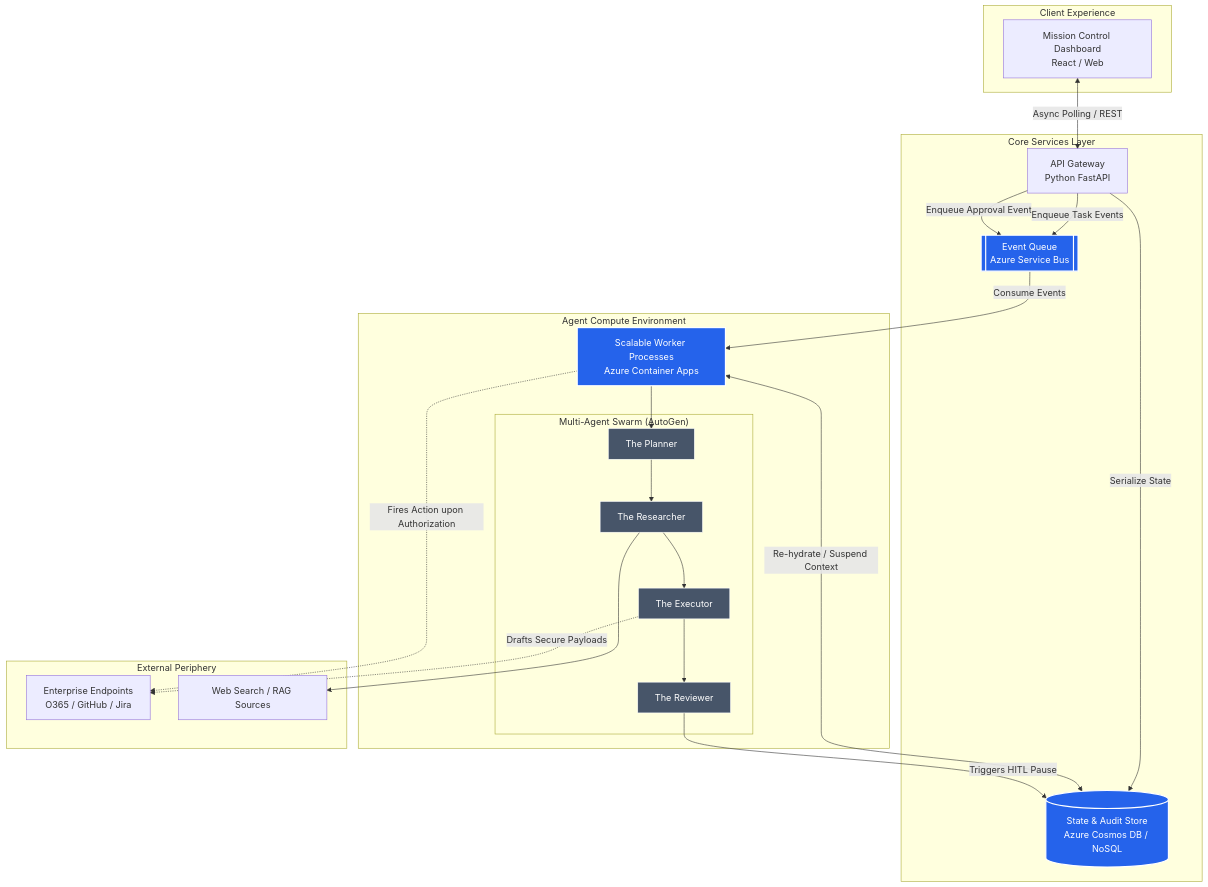
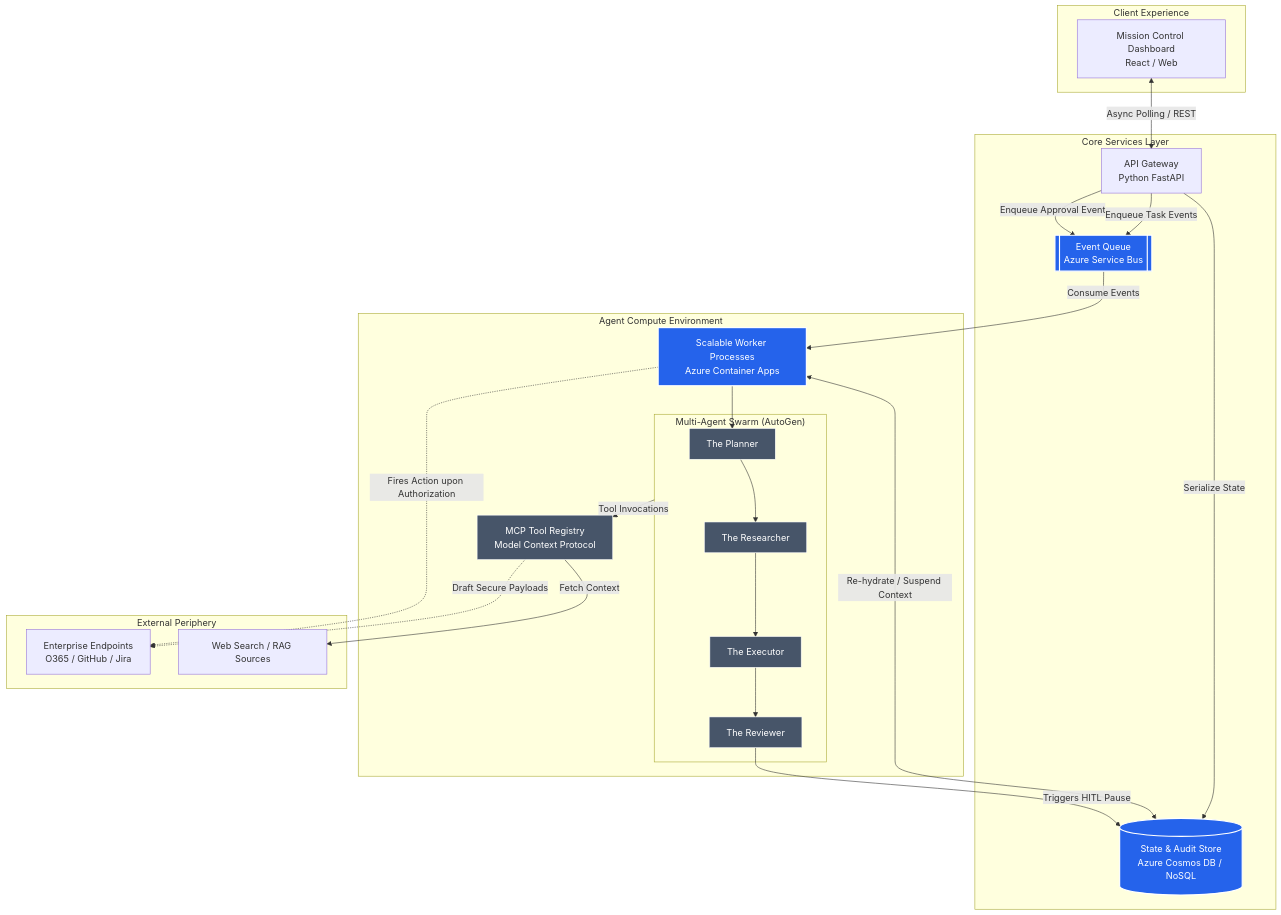
Before and after one commit to SakuDaku05/OrchtrAI: the second of 2 diagrams in pptx.md, drawn with Mermaid. The commit also changed other lines of this file and 1 other file, not shown here.

Commit message:
docs: Update architecture presentation slides with MCP details

````diff
--- a/pptx.md
+++ b/pptx.md
@@ -98,55 +100,58 @@
 ```mermaid
 flowchart TD
     subgraph Client Experience 
         UI[Mission Control Dashboard\nReact / Web]
     end
 
     subgraph Core Services Layer
         API[API Gateway\nPython FastAPI]
         DB[(State & Audit Store\nAzure Cosmos DB / NoSQL)]
         SB[[Event Queue\nAzure Service Bus]]
     end
 
     subgraph Agent Compute Environment
         Worker[Scalable Worker Processes\nAzure Container Apps]
         
         subgraph Swarm ["Multi-Agent Swarm (AutoGen)"]
             Direction[The Planner]
             Research[The Researcher]
             Action[The Executor]
             Guardrail[The Reviewer]
             
             Direction --> Research
             Research --> Action
             Action --> Guardrail
         end
+        
+        MCPRegistry[MCP Tool Registry\nModel Context Protocol]
+        Swarm --> |Tool Invocations| MCPRegistry
     end
     
     subgraph External Periphery
         TargetAPI[Enterprise Endpoints\nO365 / GitHub / Jira]
         PublicWeb[Web Search / RAG Sources]
     end
 
     %% Connections
     UI <--> |Async Polling / REST| API
     API --> |Serialize State| DB
     API --> |Enqueue Task Events| SB
     
     SB --> |Consume Events| Worker
     Worker <--> |Re-hydrate / Suspend Context| DB
     
     Worker --> Direction
     
-    Research --> PublicWeb
-    Action -.-> |Drafts Secure Payloads| TargetAPI
+    MCPRegistry -->|Fetch Context| PublicWeb
+    MCPRegistry -.-> |Draft Secure Payloads| TargetAPI
     Guardrail --> |Triggers HITL Pause| DB
     
     API --> |Enqueue Approval Event| SB
     Worker -.-> |Fires Action upon Authorization| TargetAPI
     
     %% Styling
     classDef primary fill:#2563EB,stroke:#fff,stroke-width:2px,color:#fff;
     classDef secondary fill:#475569,stroke:#fff,stroke-width:1px,color:#fff;
     class DB,SB,Worker primary;
-    class Direction,Research,Action,Guardrail secondary;
+    class Direction,Research,Action,Guardrail,MCPRegistry secondary;
 ```
````
